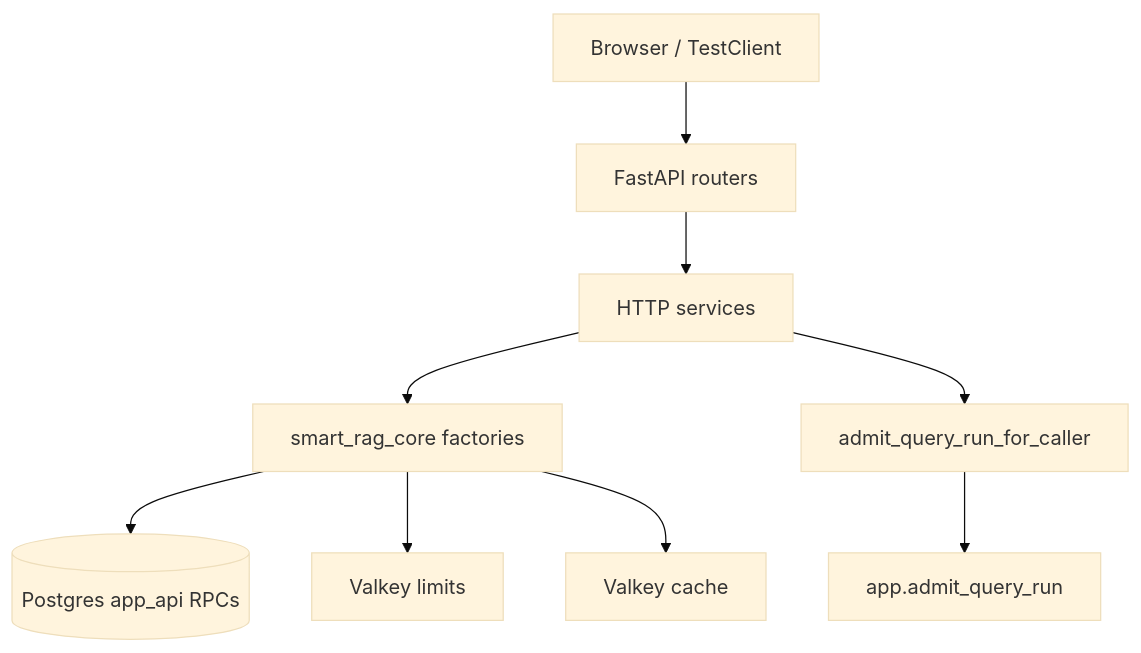
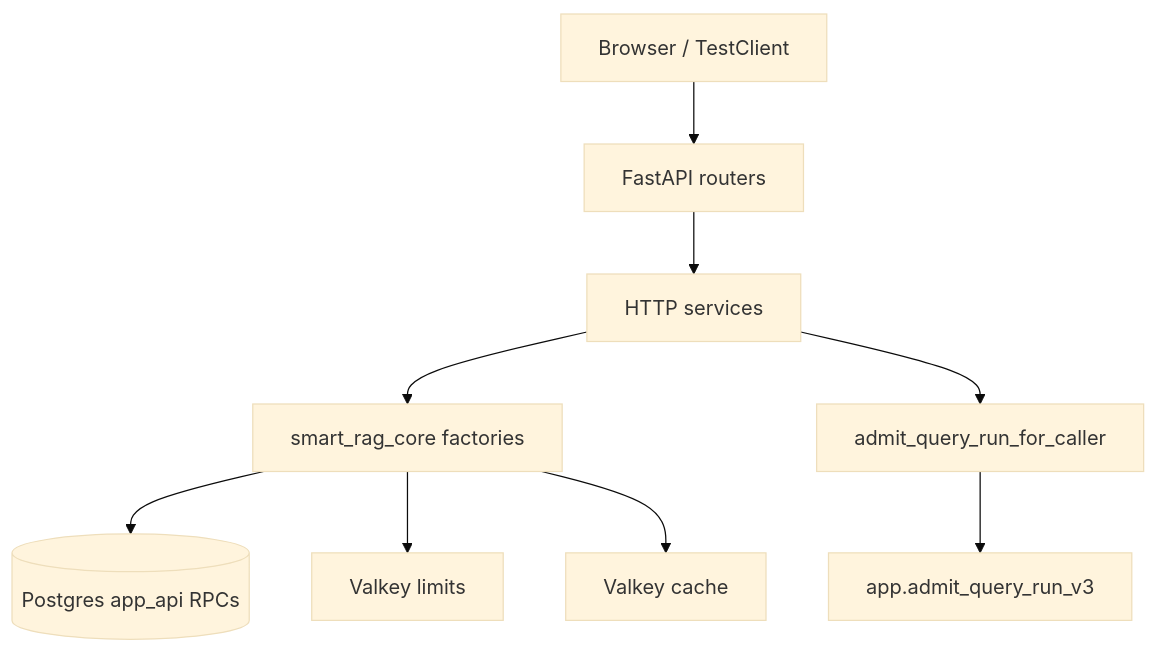
One commit to Nagdy8888/smart-rag changed the first of 2 diagrams in docs/api/FASTAPI_SECURITY.md. Above: the diagram before and after it, drawn with Mermaid (base theme). The commit also changed other lines of this file and 53 other files, not shown here.

````diff
--- a/docs/api/FASTAPI_SECURITY.md
+++ b/docs/api/FASTAPI_SECURITY.md
@@ -28,11 +28,11 @@
 ```mermaid
 flowchart TD
   client[Browser / TestClient] --> routers[FastAPI routers]
   routers --> services[HTTP services]
   services --> core[smart_rag_core factories]
   services --> agent[admit_query_run_for_caller]
   core --> pg[(Postgres app_api RPCs)]
   core --> limits[Valkey limits]
   core --> cache[Valkey cache]
-  agent --> admit[app.admit_query_run]
+  agent --> admit[app.admit_query_run_v3]
 ```
````
